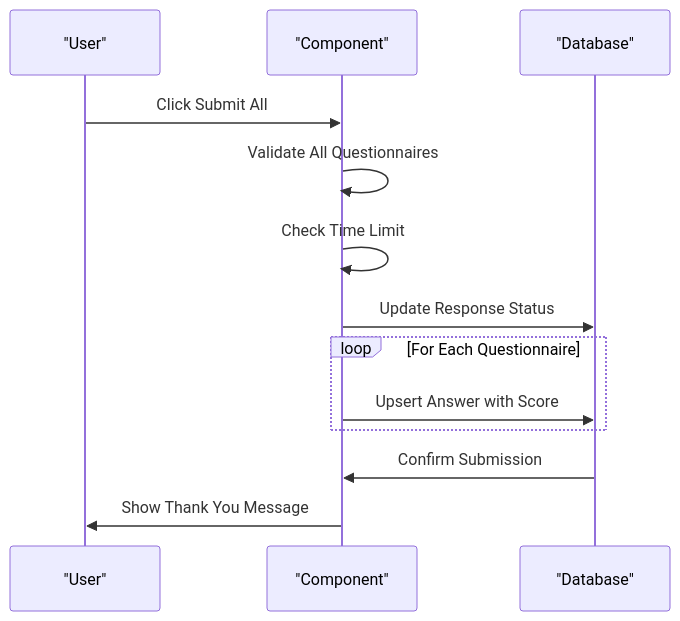
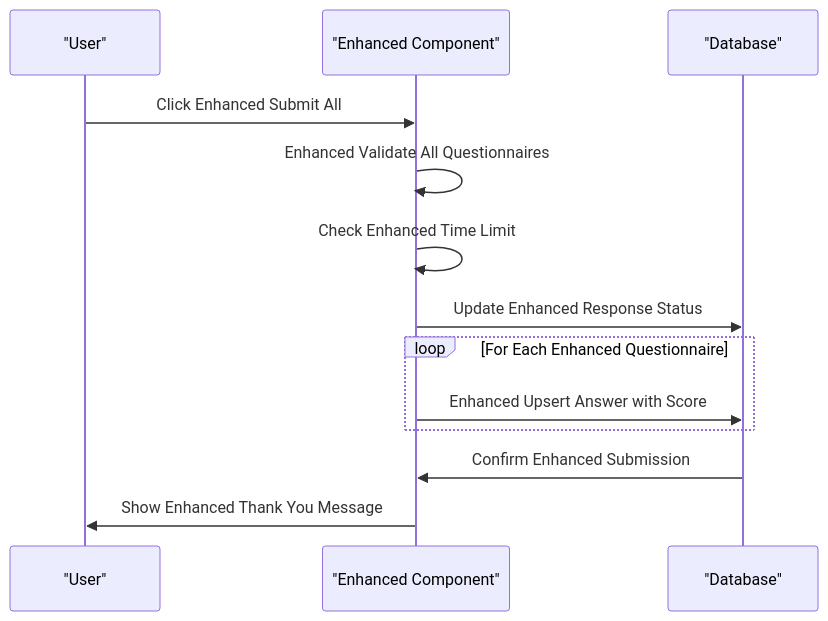
One commit to rudicatsmile/assesment360 changed the ninth of 9 diagrams in .qoder/repowiki/en/content/Core Features/Evaluation Workflows/Questionnaire Filling Interface.md. Above: the diagram before and after it, drawn with Mermaid. The commit also changed other lines of this file and 6 other files, not shown here.

````diff
--- a/.qoder/repowiki/en/content/Core Features/Evaluation Workflows/Questionnaire Filling Interface.md
+++ b/.qoder/repowiki/en/content/Core Features/Evaluation Workflows/Questionnaire Filling Interface.md
@@ -529,15 +534,15 @@
 ```mermaid
 sequenceDiagram
 participant U as "User"
-participant C as "Component"
+participant C as "Enhanced Component"
 participant D as "Database"
-U->>C : Click Submit All
-C->>C : Validate All Questionnaires
-C->>C : Check Time Limit
-C->>D : Update Response Status
-loop For Each Questionnaire
-C->>D : Upsert Answer with Score
+U->>C : Click Enhanced Submit All
+C->>C : Enhanced Validate All Questionnaires
+C->>C : Check Enhanced Time Limit
+C->>D : Update Enhanced Response Status
+loop For Each Enhanced Questionnaire
+C->>D : Enhanced Upsert Answer with Score
 end
-D->>C : Confirm Submission
-C->>U : Show Thank You Message
+D->>C : Confirm Enhanced Submission
+C->>U : Show Enhanced Thank You Message
 ```
````
